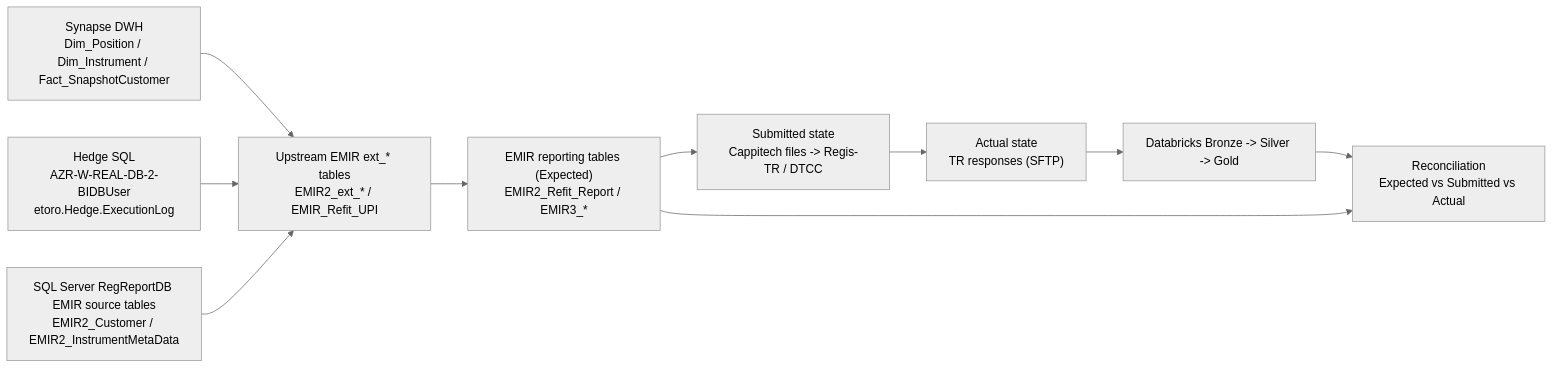
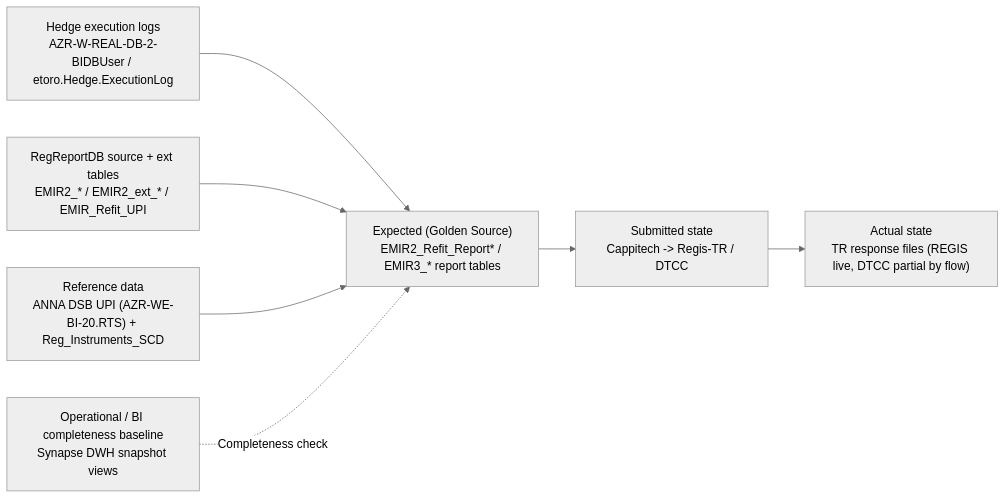
The diagram in docs/reporting-model-emir-data-sources.md (valentinosko-hub/RegTech), drawn with Mermaid (neutral theme) before and after one commit. The commit also changed other lines of this file and 19 other files, not shown here.

````diff
--- a/docs/reporting-model-emir-data-sources.md
+++ b/docs/reporting-model-emir-data-sources.md
@@ -3,18 +3,17 @@
 ```mermaid
 flowchart LR
-  SRC1["Synapse DWH<br/>Dim_Position / Dim_Instrument / Fact_SnapshotCustomer"]
-  SRC2["Hedge SQL<br/>AZR-W-REAL-DB-2-BIDBUser<br/>etoro.Hedge.ExecutionLog"]
-  SRC3["SQL Server RegReportDB EMIR source tables<br/>EMIR2_Customer / EMIR2_InstrumentMetaData"]
-  EXT1["Upstream EMIR ext_* tables<br/>EMIR2_ext_* / EMIR_Refit_UPI"]
-  REP["EMIR reporting tables (Expected)<br/>EMIR2_Refit_Report / EMIR3_*"]
-  SUB["Submitted state<br/>Cappitech files -> Regis-TR / DTCC"]
-  ACT["Actual state<br/>TR responses (SFTP)"]
-  DBX["Databricks Bronze -> Silver -> Gold"]
-  REC["Reconciliation<br/>Expected vs Submitted vs Actual"]
+  B1["Operational / BI completeness baseline<br/>Synapse DWH snapshot views"]
+  S1["Hedge execution logs<br/>AZR-W-REAL-DB-2-BIDBUser / etoro.Hedge.ExecutionLog"]
+  S2["RegReportDB source + ext tables<br/>EMIR2_* / EMIR2_ext_* / EMIR_Refit_UPI"]
+  S3["Reference data<br/>ANNA DSB UPI (AZR-WE-BI-20.RTS) + Reg_Instruments_SCD"]
 
-  SRC1 --> EXT1
-  SRC2 --> EXT1
-  SRC3 --> EXT1
-  EXT1 --> REP --> SUB --> ACT --> DBX --> REC
-  REP --> REC
+  EXP["Expected (Golden Source)<br/>EMIR2_Refit_Report* / EMIR3_* report tables"]
+  SUB["Submitted state<br/>Cappitech -> Regis-TR / DTCC"]
+  ACT["Actual state<br/>TR response files (REGIS live, DTCC partial by flow)"]
+
+  S1 --> EXP
+  S2 --> EXP
+  S3 --> EXP
+  EXP --> SUB --> ACT
+  B1 -. Completeness check .-> EXP
 ```
````
